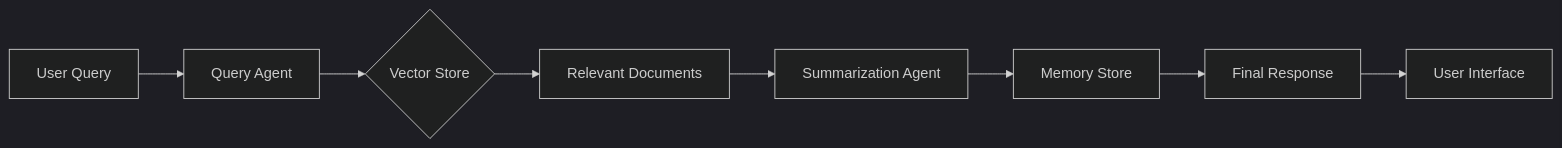
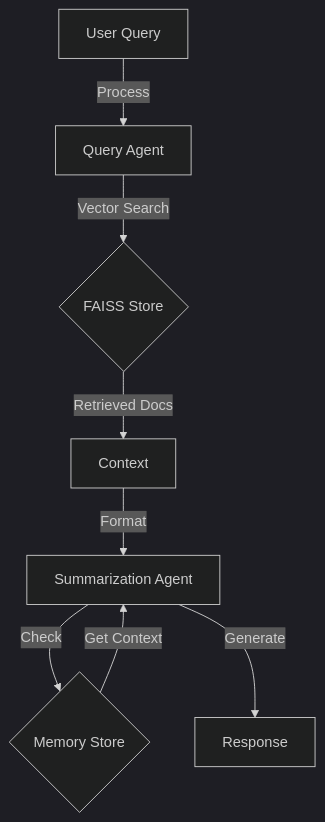
The fourth of 8 diagrams in README.md (srikrishnavansi/Multi_Agent-Legal-chatbot), drawn with Mermaid (dark theme) before and after one commit. The commit also changed other lines of this file, not shown here.

````diff
--- a/README.md
+++ b/README.md
@@ -98,10 +102,10 @@
 ```mermaid
-flowchart LR
-    A[User Query] --> B[Query Agent]
-    B --> C{Vector Store}
-    C --> D[Relevant Documents]
-    D --> E[Summarization Agent]
-    E --> F[Memory Store]
-    F --> G[Final Response]
-    G --> H[User Interface]
+graph TD
+    A[User Query] -->|Process| B[Query Agent]
+    B -->|Vector Search| C{FAISS Store}
+    C -->|Retrieved Docs| D[Context]
+    D -->|Format| E[Summarization Agent]
+    E -->|Check| F{Memory Store}
+    F -->|Get Context| E
+    E -->|Generate| G[Response]
 ```
````
